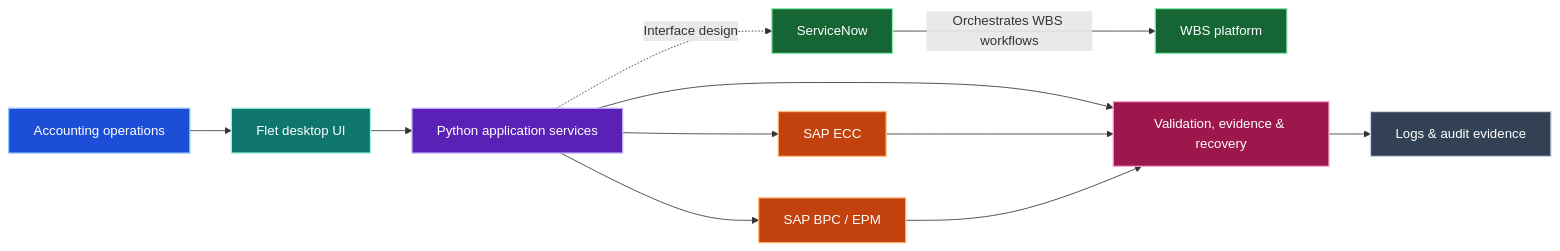
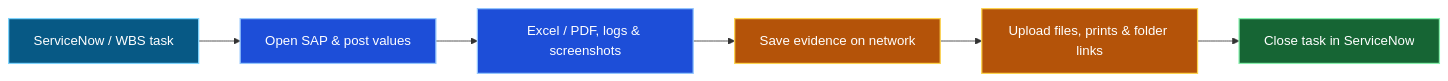
One commit to RamonRDR/RamonRDR changed the first of 4 diagrams in README.md. Above: the diagram before and after it, drawn with Mermaid. The commit also changed other lines of this file, not shown here.

Commit message:
Document BAS three-stage automation and human-time savings; compact AI review diagram

```diff
--- a/README.md
+++ b/README.md
@@ -90,29 +100,25 @@
 ~~~mermaid
 flowchart LR
-    USER["Accounting operations"] --> UI["Flet desktop UI"]
-    UI --> CORE["Python application services"]
-    CORE --> ECC["SAP ECC"]
-    CORE --> BPC["SAP BPC / EPM"]
-    CORE -. "Interface design" .-> SN["ServiceNow"]
-    SN -->|"Orchestrates WBS workflows"| WBS["WBS platform"]
-    CORE --> SAFE["Validation, evidence & recovery"]
-    ECC --> SAFE
-    BPC --> SAFE
-    SAFE --> LOG["Logs & audit evidence"]
+    SN["ServiceNow / WBS task"]
+    STEP["Open SAP & post values"]
+    EXEC["Excel / PDF, logs & screenshots"]
+    FILES["Save evidence on network"]
+    HANDOFF["Upload files, prints & folder links"]
+    DONE["Close task in ServiceNow"]
+    SN --> STEP
+    STEP --> EXEC
+    EXEC --> FILES
+    FILES --> HANDOFF
+    HANDOFF --> DONE
 
-    classDef business fill:#1D4ED8,stroke:#93C5FD,color:#FFFFFF,stroke-width:1.5px
-    classDef interface fill:#0F766E,stroke:#99F6E4,color:#FFFFFF,stroke-width:1.5px
-    classDef service fill:#5B21B6,stroke:#C4B5FD,color:#FFFFFF,stroke-width:1.5px
-    classDef sap fill:#C2410C,stroke:#FDBA74,color:#FFFFFF,stroke-width:1.5px
-    classDef external fill:#166534,stroke:#86EFAC,color:#FFFFFF,stroke-width:1.5px
-    classDef safety fill:#9D174D,stroke:#F9A8D4,color:#FFFFFF,stroke-width:1.5px
-    classDef audit fill:#334155,stroke:#CBD5E1,color:#FFFFFF,stroke-width:1.5px
+    classDef serviceNow fill:#075985,stroke:#7DD3FC,color:#FFFFFF,stroke-width:1.5px
+    classDef human fill:#1D4ED8,stroke:#93C5FD,color:#FFFFFF,stroke-width:1.5px
+    classDef execution fill:#6D28D9,stroke:#C4B5FD,color:#FFFFFF,stroke-width:1.5px
+    classDef evidence fill:#B45309,stroke:#FCD34D,color:#FFFFFF,stroke-width:1.5px
+    classDef audit fill:#166534,stroke:#86EFAC,color:#FFFFFF,stroke-width:1.5px
 
-    class USER business
-    class UI interface
-    class CORE service
-    class ECC,BPC sap
-    class SN,WBS external
-    class SAFE safety
-    class LOG audit
+    class SN serviceNow
+    class STEP,EXEC human
+    class FILES,HANDOFF evidence
+    class DONE audit
 ~~~
```
